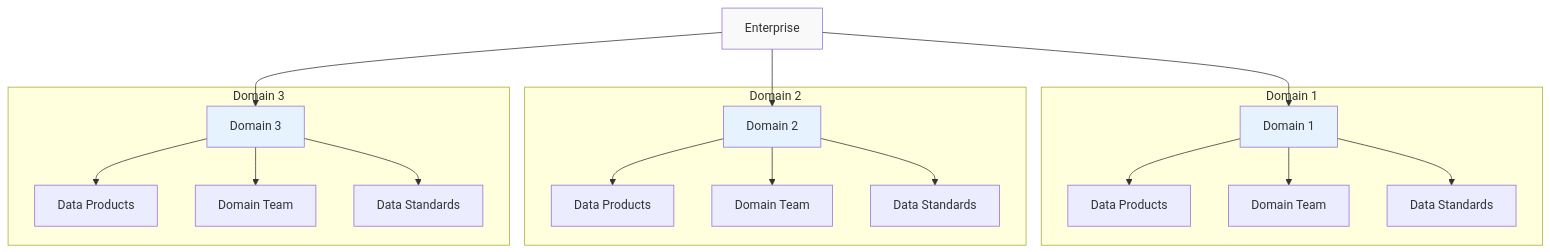
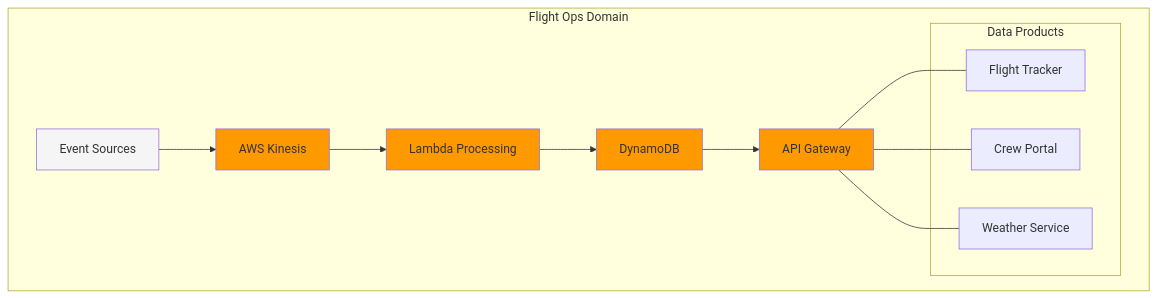
One commit to data-octo/agentic_ai_research changed the second of 6 diagrams in enterprise_data_architecture/chapters/03_data_mesh.md. Above: the diagram before and after it, drawn with Mermaid. The commit also changed other lines of this file and 11 other files, not shown here.

````diff
--- a/enterprise_data_architecture/chapters/03_data_mesh.md
+++ b/enterprise_data_architecture/chapters/03_data_mesh.md
@@ -41,29 +44,25 @@
-```mermaid
-flowchart TD
-    A[Enterprise] --> B[Domain 1]
-    A --> C[Domain 2]
-    A --> D[Domain 3]
-    
-    subgraph "Domain 1"
-        B --> B1[Data Products]
-        B --> B2[Domain Team]
-        B --> B3[Data Standards]
-    end
-    
-    subgraph "Domain 2"
-        C --> C1[Data Products]
-        C --> C2[Domain Team]
-        C --> C3[Data Standards]
-    end
-    
-    subgraph "Domain 3"
-        D --> D1[Data Products]
-        D --> D2[Domain Team]
-        D --> D3[Data Standards]
-    end
-    
-    style A fill:#f9f9f9
-    style B fill:#e6f3ff
-    style C fill:#e6f3ff
-    style D fill:#e6f3ff
-```
+  ```mermaid
+  graph TB
+      subgraph "Flight Ops Domain"
+          A[Event Sources] --> B[AWS Kinesis]
+          B --> C[Lambda Processing]
+          C --> D[DynamoDB]
+          D --> E[API Gateway]
+          
+          subgraph "Data Products"
+              F[Flight Tracker]
+              G[Crew Portal]
+              H[Weather Service]
+          end
+          
+          E --- F
+          E --- G
+          E --- H
+      end
+      
+      style A fill:#f5f5f5
+      style B fill:#ff9900
+      style C fill:#ff9900
+      style D fill:#ff9900
+      style E fill:#ff9900
+  ```
````
